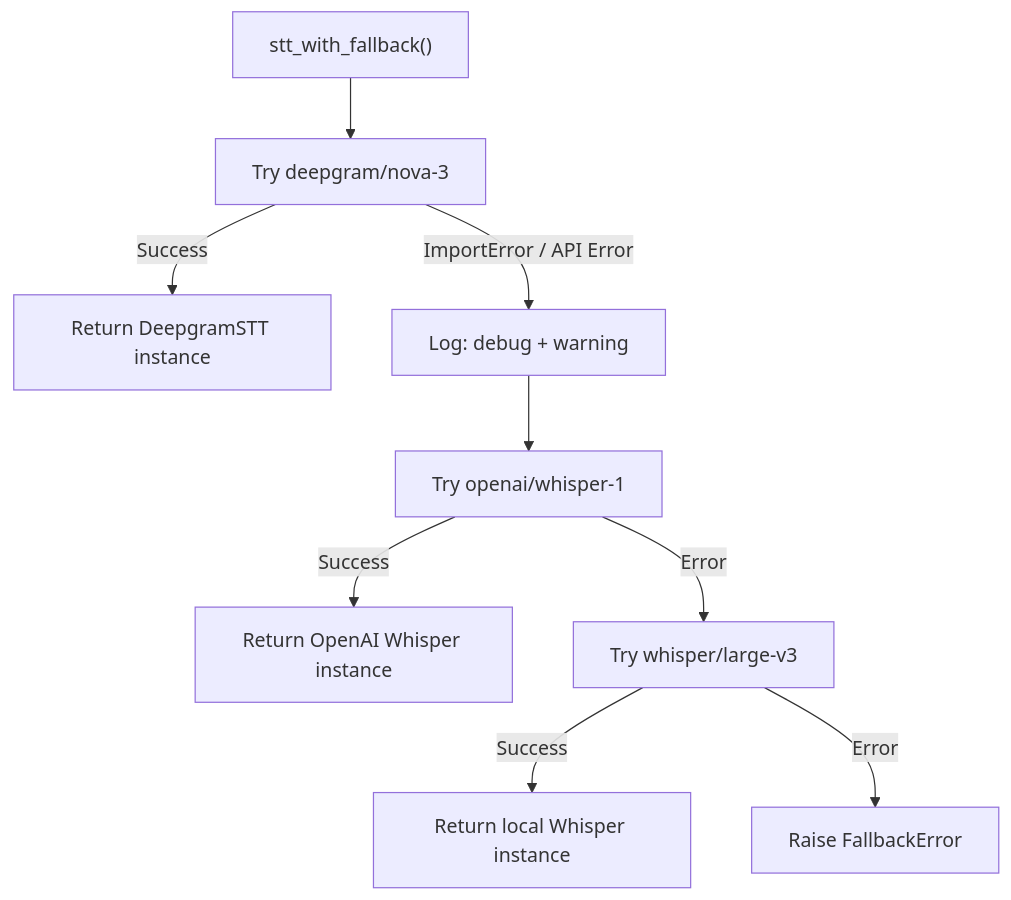
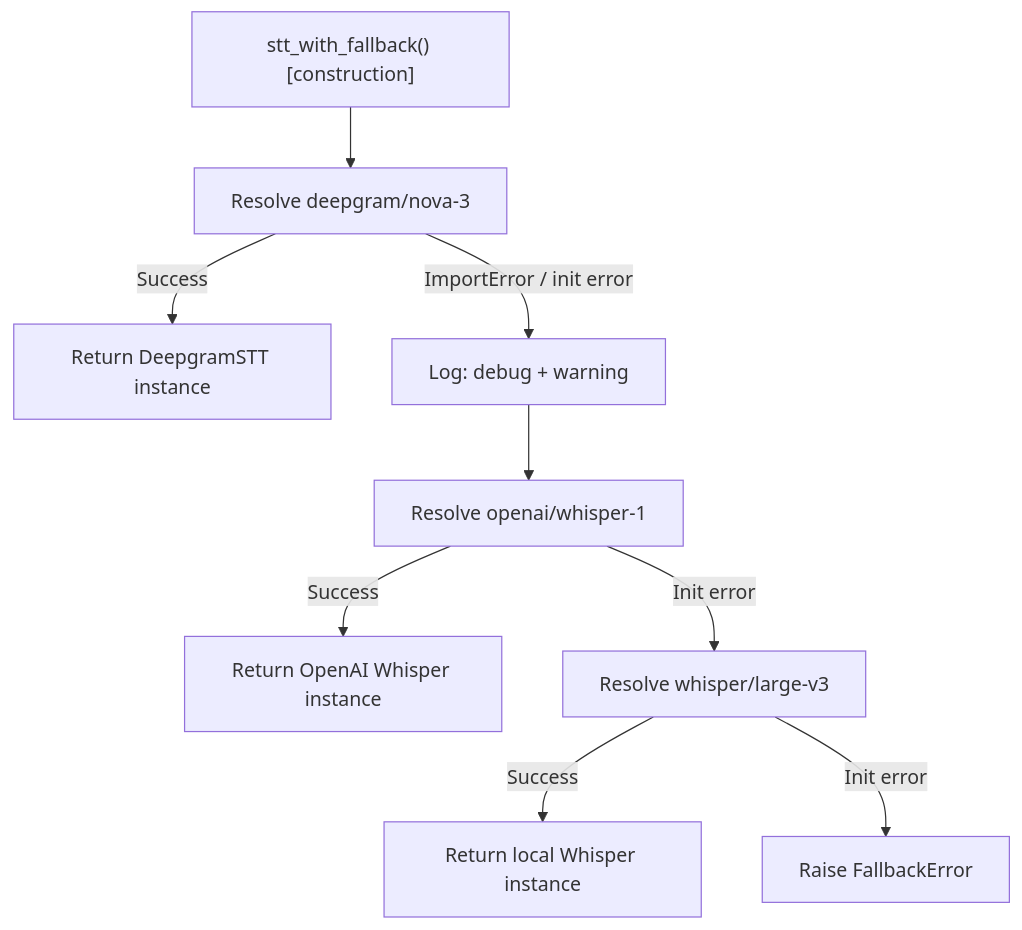
Before and after one commit to mahimailabs/voicegateway: the diagram in docs/examples/fallback-chains.md, drawn with Mermaid. The commit also changed other lines of this file and 9 other files, not shown here.

````diff
--- a/docs/examples/fallback-chains.md
+++ b/docs/examples/fallback-chains.md
@@ -88,11 +92,11 @@
 ```mermaid
 graph TD
-    A["stt_with_fallback()"] --> B["Try deepgram/nova-3"]
+    A["stt_with_fallback() [construction]"] --> B["Resolve deepgram/nova-3"]
     B -->|Success| C["Return DeepgramSTT instance"]
-    B -->|ImportError / API Error| D["Log: debug + warning"]
-    D --> E["Try openai/whisper-1"]
+    B -->|ImportError / init error| D["Log: debug + warning"]
+    D --> E["Resolve openai/whisper-1"]
     E -->|Success| F["Return OpenAI Whisper instance"]
-    E -->|Error| G["Try whisper/large-v3"]
+    E -->|Init error| G["Resolve whisper/large-v3"]
     G -->|Success| H["Return local Whisper instance"]
-    G -->|Error| I["Raise FallbackError"]
+    G -->|Init error| I["Raise FallbackError"]
 ```
````
